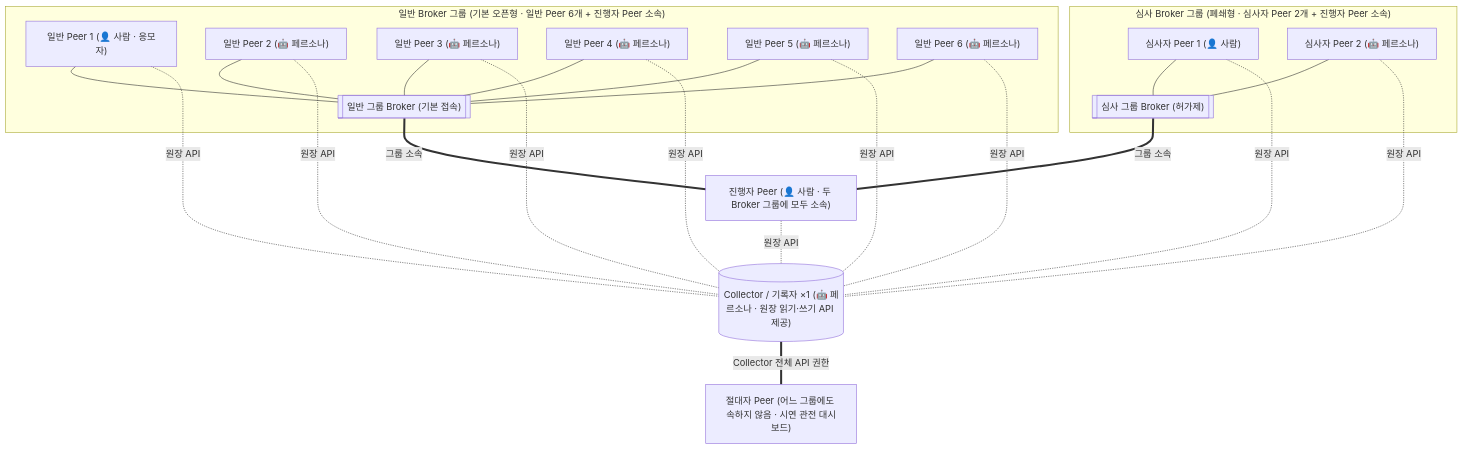
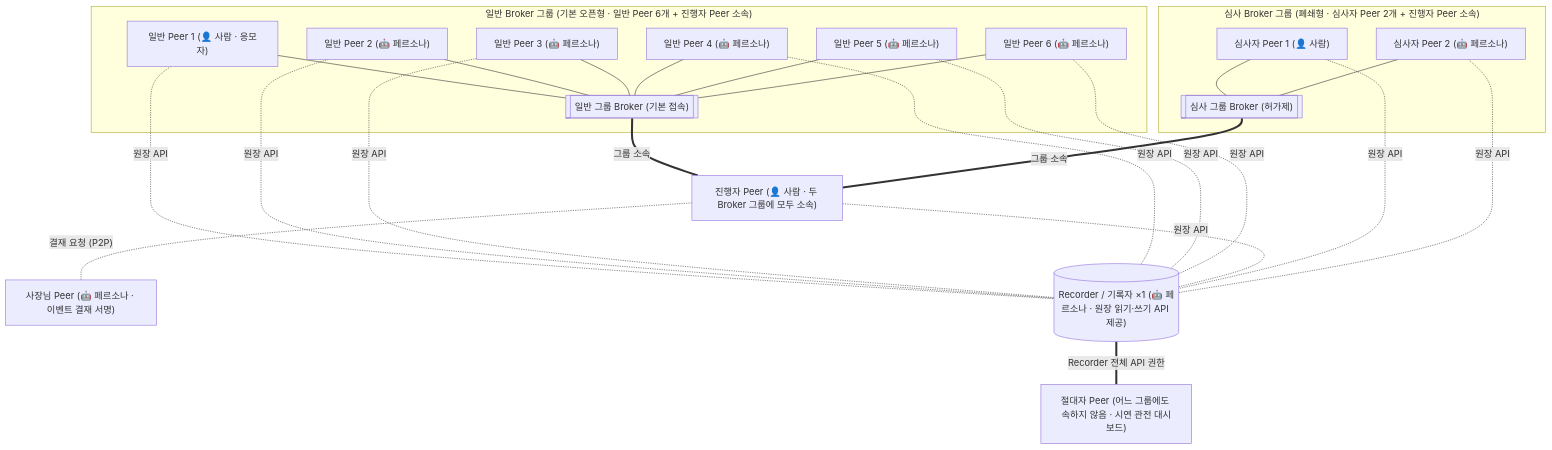
The diagram in docs/hackathon-proposal-final.md (tanminkwan/share-ur-tokens), drawn with Mermaid before and after one commit. The commit also changed other lines of this file and 32 other files, not shown here.

First line of the commit message:
refactor: Make the platform ledger generic and rename collector to recorder (phase 2-A)

````diff
--- a/docs/hackathon-proposal-final.md
+++ b/docs/hackathon-proposal-final.md
@@ -115,32 +115,34 @@
 ```mermaid
 graph TB
     subgraph G1["일반 Broker 그룹 (기본 오픈형 · 일반 Peer 6개 + 진행자 Peer 소속)"]
         B1[["일반 그룹 Broker (기본 접속)"]]
         P1["일반 Peer 1 (👤 사람 · 응모자)"]
         P2["일반 Peer 2 (🤖 페르소나)"]
         P3["일반 Peer 3 (🤖 페르소나)"]
         P4["일반 Peer 4 (🤖 페르소나)"]
         P5["일반 Peer 5 (🤖 페르소나)"]
         P6["일반 Peer 6 (🤖 페르소나)"]
         P1 & P2 & P3 & P4 & P5 & P6 --- B1
     end
 
     subgraph G2["심사 Broker 그룹 (폐쇄형 · 심사자 Peer 2개 + 진행자 Peer 소속)"]
         B2[["심사 그룹 Broker (허가제)"]]
         R1["심사자 Peer 1 (👤 사람)"]
         R2["심사자 Peer 2 (🤖 페르소나)"]
         R1 & R2 --- B2
     end
 
     ORG["진행자 Peer (👤 사람 · 두 Broker 그룹에 모두 소속)"]
+    CEO["사장님 Peer (🤖 페르소나 · 이벤트 결재 서명)"]
+    ORG -.-|"결재 요청 (P2P)"| CEO
     B1 ===|"그룹 소속"| ORG
     B2 ===|"그룹 소속"| ORG
 
-    COL[("Collector / 기록자 ×1 (🤖 페르소나 · 원장 읽기·쓰기 API 제공)")]
+    COL[("Recorder / 기록자 ×1 (🤖 페르소나 · 원장 읽기·쓰기 API 제공)")]
     P1 & P2 & P3 & P4 & P5 & P6 -.-|"원장 API"| COL
     ORG -.-|"원장 API"| COL
     R1 & R2 -.-|"원장 API"| COL
 
     OV["절대자 Peer (어느 그룹에도 속하지 않음 · 시연 관전 대시보드)"]
-    COL ===|"Collector 전체 API 권한"| OV
+    COL ===|"Recorder 전체 API 권한"| OV
 ```
````
